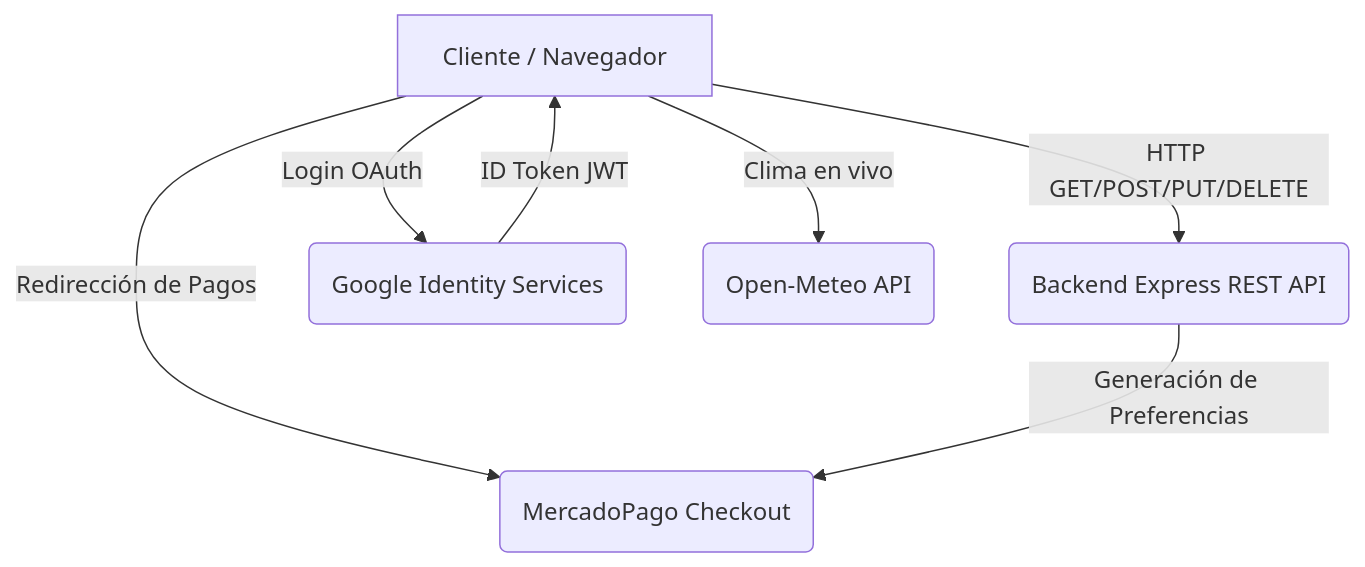
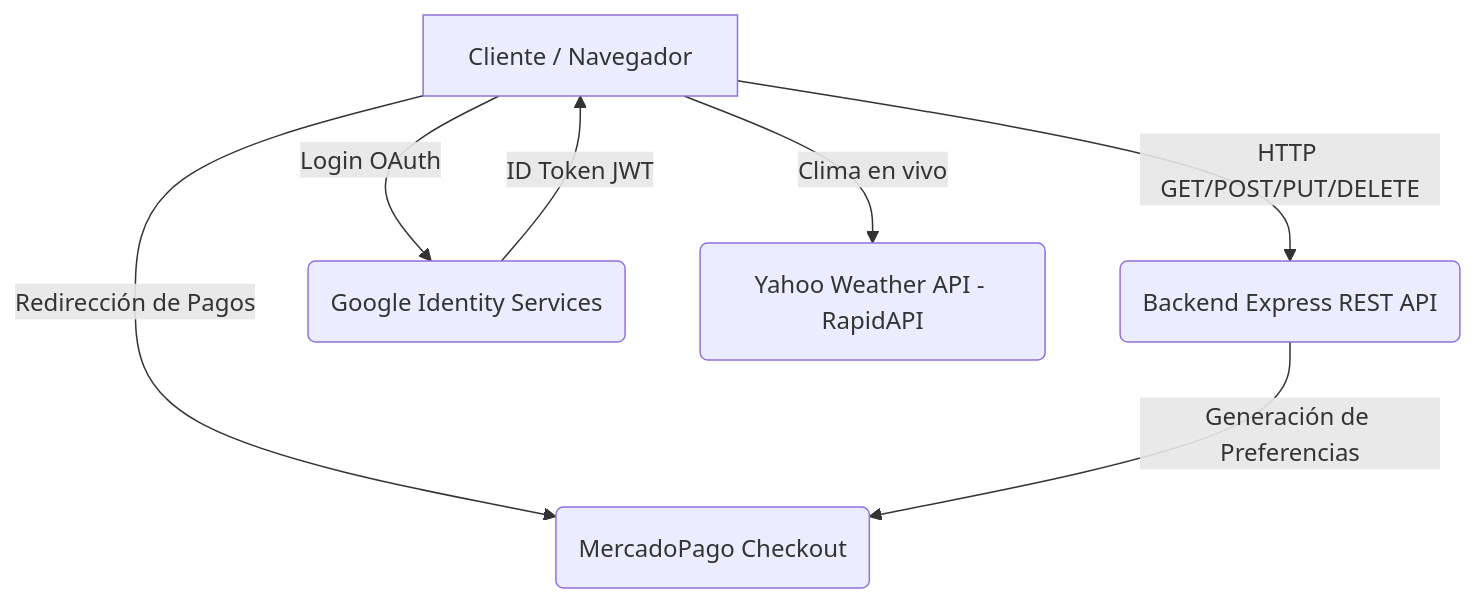
The diagram in README.md (mauriciozalazar29/proyfrontendgrupo13), drawn with Mermaid before and after one commit. The commit also changed other lines of this file, not shown here.

Commit message:
docs: actualizar readme con yahoo weather api y omitir open-meteo

````diff
--- a/README.md
+++ b/README.md
@@ -20,10 +20,10 @@
 ```mermaid
 graph TD
     A[Cliente / Navegador] -->|HTTP GET/POST/PUT/DELETE| B(Backend Express REST API)
     A -->|Login OAuth| C(Google Identity Services)
-    A -->|Clima en vivo| E(Open-Meteo API)
+    A -->|Clima en vivo| E(Yahoo Weather API - RapidAPI)
     A -->|Redirección de Pagos| D(MercadoPago Checkout)
     
     B -->|Generación de Preferencias| D
     C -->|ID Token JWT| A
 ```
````
